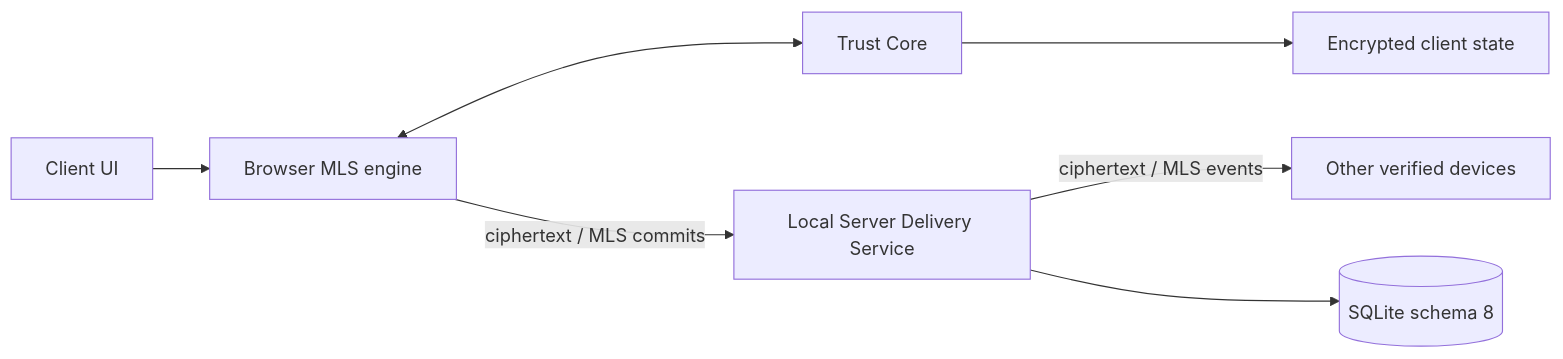
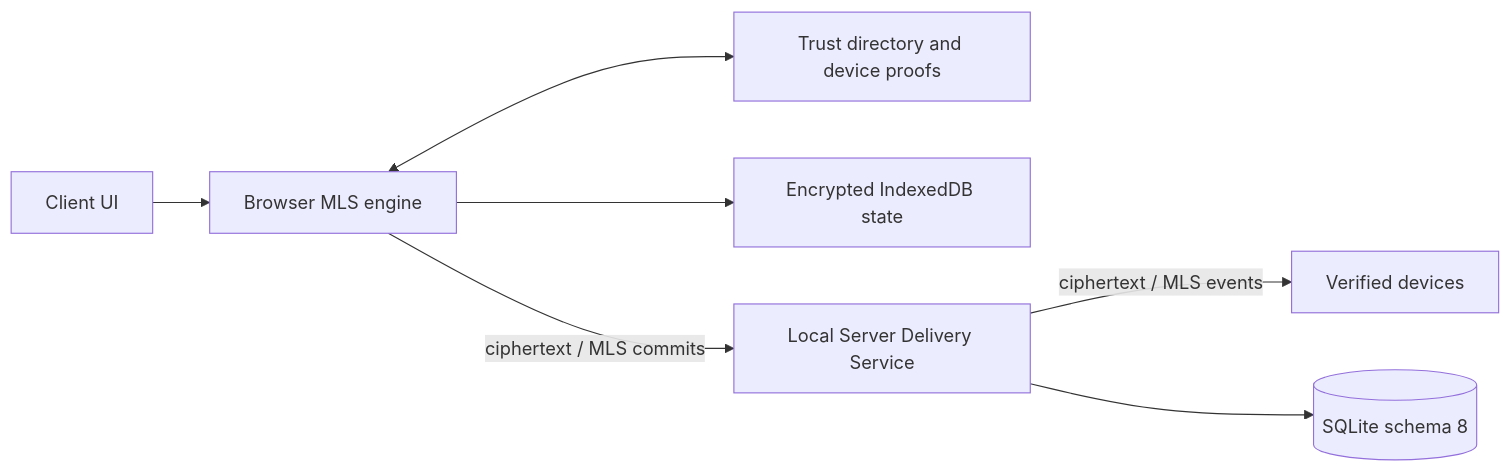
Before and after one commit to Onmaynec/Nexora: the diagram in README.md, drawn with Mermaid. The commit also changed other lines of this file, not shown here.

Commit message:
docs: align 3.2.0 README with implemented Trust scope

````diff
--- a/README.md
+++ b/README.md
@@ -21,9 +24,9 @@
 ```mermaid
 flowchart LR
   UI[Client UI] --> ENG[Browser MLS engine]
-  ENG <--> TC[Trust Core]
-  TC --> ESTORE[Encrypted client state]
+  ENG <--> TC[Trust directory and device proofs]
+  ENG --> ESTORE[Encrypted IndexedDB state]
   ENG -->|ciphertext / MLS commits| DS[Local Server Delivery Service]
-  DS -->|ciphertext / MLS events| PEERS[Other verified devices]
+  DS -->|ciphertext / MLS events| PEERS[Verified devices]
   DS --> S8[(SQLite schema 8)]
 ```
````
